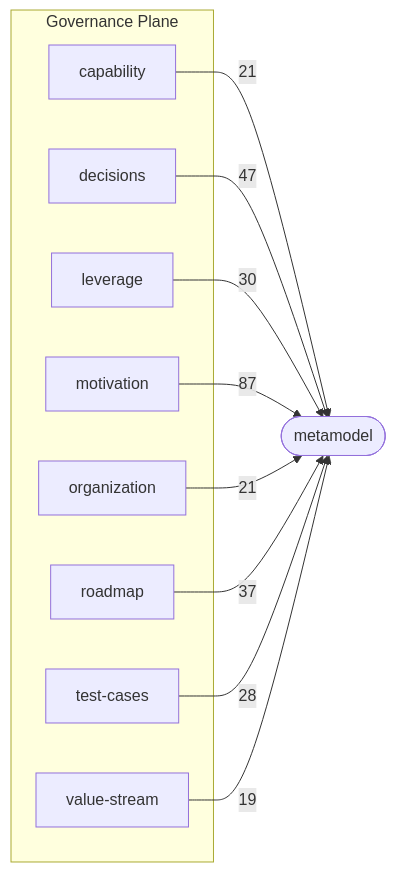
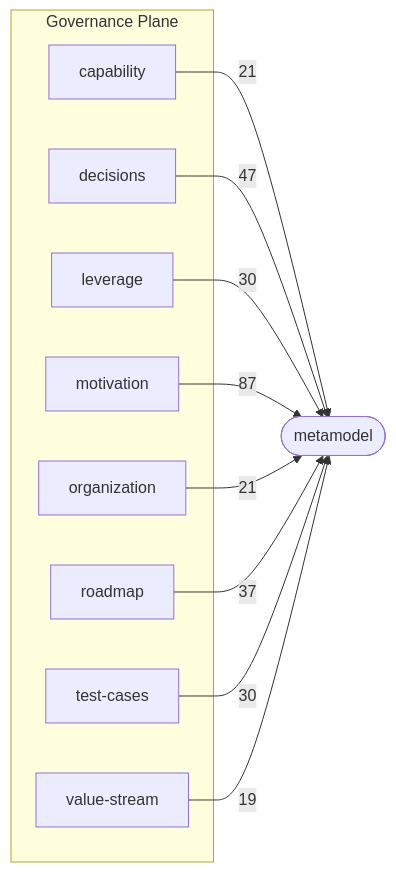
One commit to Archally/blueprint-schema changed the third of 3 diagrams in docs/schema-atlas/v2.8/layer-map.md. Above: the diagram before and after it, drawn with Mermaid. The commit also changed other lines of this file and 6 other files, not shown here.

Commit message:
Schema Atlas: the catalog follows the schema descriptions and its heading drops a plan step

````diff
--- a/docs/schema-atlas/v2.8/layer-map.md
+++ b/docs/schema-atlas/v2.8/layer-map.md
@@ -139,22 +139,22 @@
 ```mermaid
 graph LR
     subgraph governance_plane["Governance Plane"]
         governance_capability_schema_yaml["capability"]
         governance_decisions_schema_yaml["decisions"]
         governance_leverage_schema_yaml["leverage"]
         governance_motivation_schema_yaml["motivation"]
         governance_organization_schema_yaml["organization"]
         governance_roadmap_schema_yaml["roadmap"]
         governance_test_cases_schema_yaml["test-cases"]
         governance_value_stream_schema_yaml["value-stream"]
     end
     metamodel_schema_yaml(["metamodel"])
     governance_capability_schema_yaml -->|21| metamodel_schema_yaml
     governance_decisions_schema_yaml -->|47| metamodel_schema_yaml
     governance_leverage_schema_yaml -->|30| metamodel_schema_yaml
     governance_motivation_schema_yaml -->|87| metamodel_schema_yaml
     governance_organization_schema_yaml -->|21| metamodel_schema_yaml
     governance_roadmap_schema_yaml -->|37| metamodel_schema_yaml
-    governance_test_cases_schema_yaml -->|28| metamodel_schema_yaml
+    governance_test_cases_schema_yaml -->|30| metamodel_schema_yaml
     governance_value_stream_schema_yaml -->|19| metamodel_schema_yaml
 ```
````
